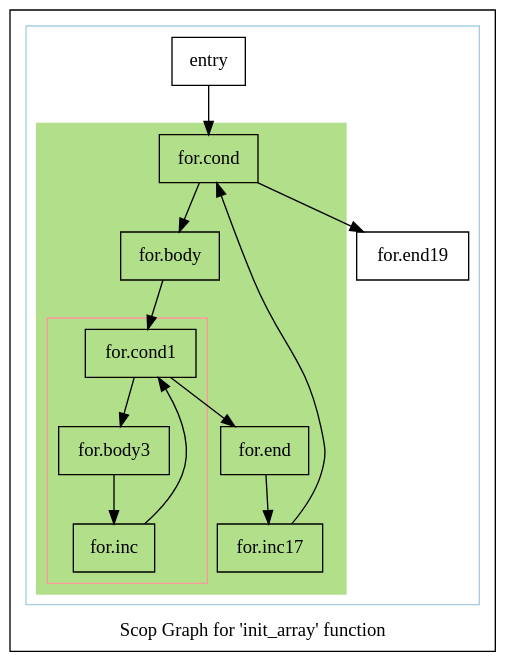
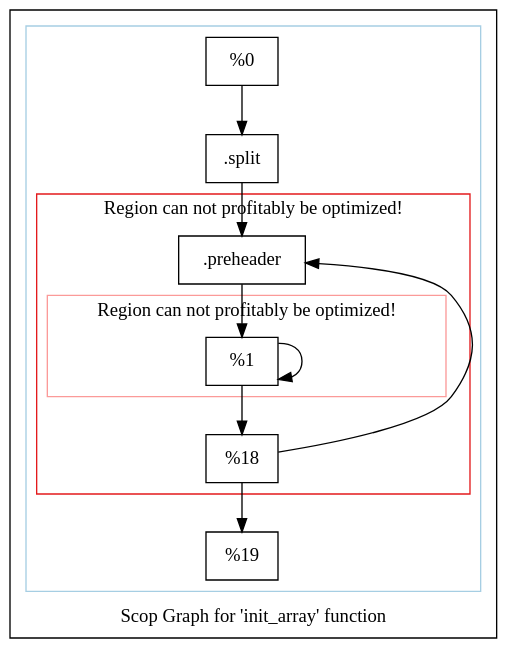
One commit to rogerioag/openmp-hook changed the diagram in matmul-polly/scopsonly.init_array.dot. Above: the diagram before and after it, drawn with Graphviz. The commit also changed 29 other files, not shown here.

```diff
--- a/matmul-polly/scopsonly.init_array.dot
+++ b/matmul-polly/scopsonly.init_array.dot
@@ -1,47 +1,39 @@
 digraph "Scop Graph for 'init_array' function" {
 	label="Scop Graph for 'init_array' function";
 
-	Node0x17d4370 [shape=record,label="{entry}"];
-	Node0x17d4370 -> Node0x17d9de0;
-	Node0x17d9de0 [shape=record,label="{for.cond}"];
-	Node0x17d9de0 -> Node0x17d9e40;
-	Node0x17d9de0 -> Node0x17d9ea0;
-	Node0x17d9e40 [shape=record,label="{for.body}"];
-	Node0x17d9e40 -> Node0x17d9f90;
-	Node0x17d9f90 [shape=record,label="{for.cond1}"];
-	Node0x17d9f90 -> Node0x17d9ff0;
-	Node0x17d9f90 -> Node0x17da050;
-	Node0x17d9ff0 [shape=record,label="{for.body3}"];
-	Node0x17d9ff0 -> Node0x17d9f00;
-	Node0x17d9f00 [shape=record,label="{for.inc}"];
-	Node0x17d9f00 -> Node0x17d9f90[constraint=false];
-	Node0x17da050 [shape=record,label="{for.end}"];
-	Node0x17da050 -> Node0x17da200;
-	Node0x17da200 [shape=record,label="{for.inc17}"];
-	Node0x17da200 -> Node0x17d9de0[constraint=false];
-	Node0x17d9ea0 [shape=record,label="{for.end19}"];
+	Node0x23dfd00 [shape=record,label="{%0}"];
+	Node0x23dfd00 -> Node0x23dfd20;
+	Node0x23dfd20 [shape=record,label="{.split}"];
+	Node0x23dfd20 -> Node0x23dfce0;
+	Node0x23dfce0 [shape=record,label="{.preheader}"];
+	Node0x23dfce0 -> Node0x23d5f00;
+	Node0x23d5f00 [shape=record,label="{%1}"];
+	Node0x23d5f00 -> Node0x23d5f00[constraint=false];
+	Node0x23d5f00 -> Node0x23dfea0;
+	Node0x23dfea0 [shape=record,label="{%18}"];
+	Node0x23dfea0 -> Node0x23dfce0[constraint=false];
+	Node0x23dfea0 -> Node0x23dfc40;
+	Node0x23dfc40 [shape=record,label="{%19}"];
 	colorscheme = "paired12"
-        subgraph cluster_0x17d3a30 {
+        subgraph cluster_0x23d5560 {
           label = "";
           style = solid;
           color = 1
-          subgraph cluster_0x17d4ec0 {
-            label = "";
-            style = filled;
-            color = 3            subgraph cluster_0x17d4180 {
-              label = "";
+          subgraph cluster_0x23d60d0 {
+            label = "Region can not profitably be optimized!";
+            style = solid;
+            color = 6
+            subgraph cluster_0x23d5830 {
+              label = "Region can not profitably be optimized!";
               style = solid;
               color = 5
-              Node0x17d9f90;
-              Node0x17d9ff0;
-              Node0x17d9f00;
+              Node0x23d5f00;
             }
-            Node0x17d9de0;
-            Node0x17d9e40;
-            Node0x17da050;
-            Node0x17da200;
+            Node0x23dfce0;
+            Node0x23dfea0;
           }
-          Node0x17d4370;
-          Node0x17d9ea0;
+          Node0x23dfd00;
+          Node0x23dfd20;
+          Node0x23dfc40;
         }
 }
```
